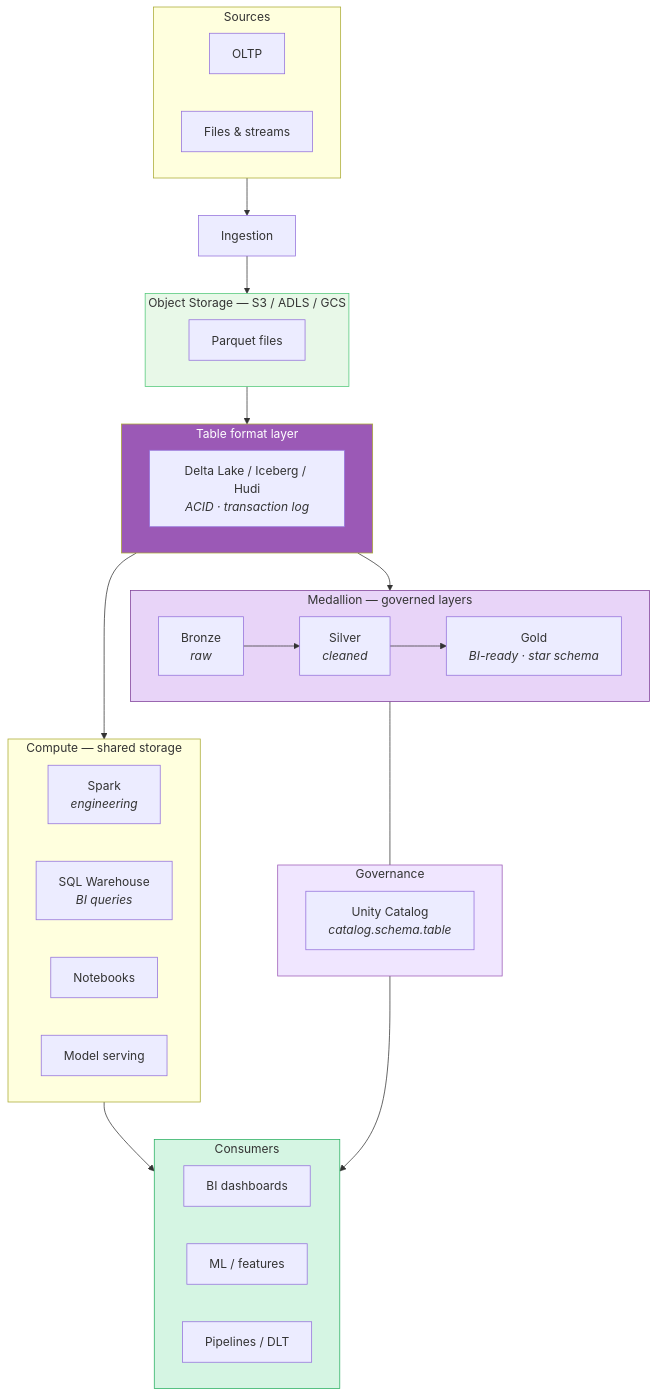
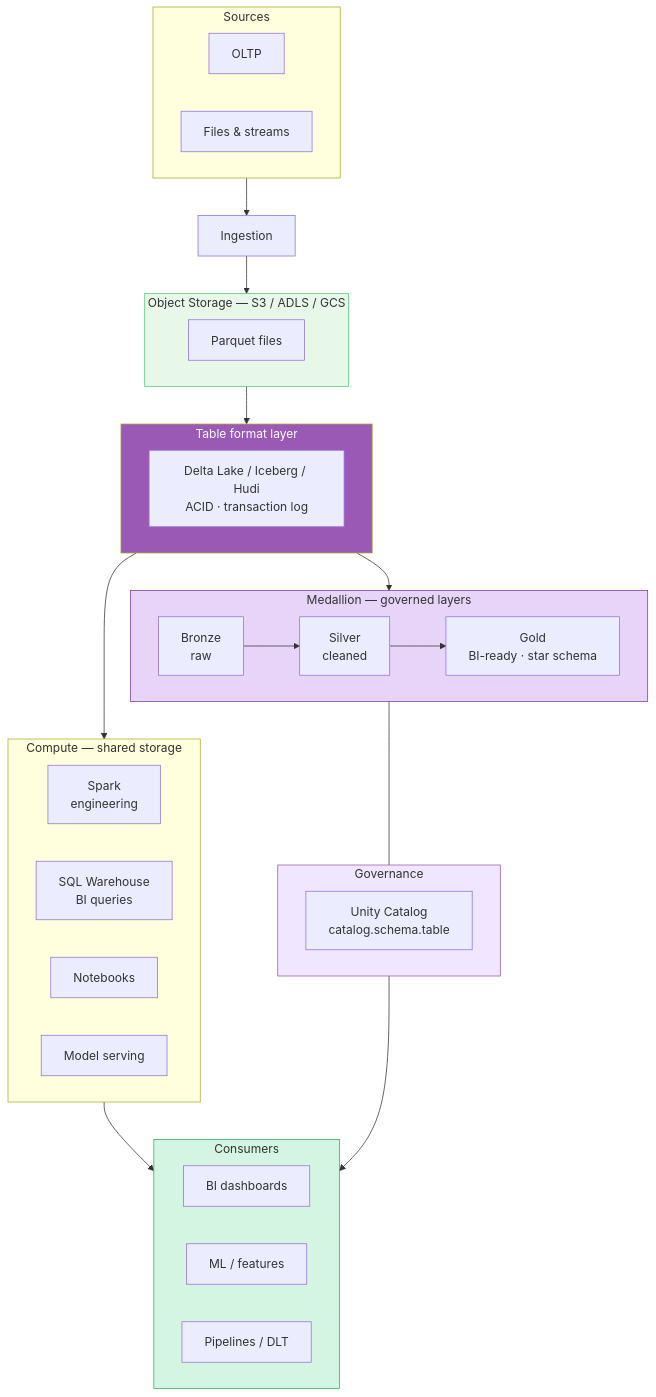
One commit to adnanrahin/adnanrahin.github.io changed the fifth of 7 diagrams in data-architecture/architecture-map.md. Above: the diagram before and after it, drawn with Mermaid. The commit also changed other lines of this file and 3 other files, not shown here.

Commit message:
updated the flowchart

````diff
--- a/data-architecture/architecture-map.md
+++ b/data-architecture/architecture-map.md
@@ -234,55 +234,55 @@
 ```mermaid
 flowchart TB
     subgraph SRC4["Sources"]
         OLTP4["OLTP"]
         FILES4["Files & streams"]
     end
 
     ING4["Ingestion"]
 
     subgraph STORAGE4["Object Storage — S3 / ADLS / GCS"]
         PARQUET["Parquet files"]
     end
 
     subgraph TABLE_FMT["Table format layer"]
-        DELTA["Delta Lake / Iceberg / Hudi<br/><i>ACID · transaction log</i>"]
+        DELTA["Delta Lake / Iceberg / Hudi<br/>ACID · transaction log"]
     end
 
     subgraph MED4["Medallion — governed layers"]
-        B["Bronze<br/><i>raw</i>"]
-        S["Silver<br/><i>cleaned</i>"]
-        G["Gold<br/><i>BI-ready · star schema</i>"]
+        B["Bronze<br/>raw"]
+        S["Silver<br/>cleaned"]
+        G["Gold<br/>BI-ready · star schema"]
         B --> S --> G
     end
 
     subgraph GOV4["Governance"]
-        UC4["Unity Catalog<br/><i>catalog.schema.table</i>"]
+        UC4["Unity Catalog<br/>catalog.schema.table"]
     end
 
     subgraph COMPUTE4["Compute — shared storage"]
         direction LR
-        SPARK4["Spark<br/><i>engineering</i>"]
-        SQLW["SQL Warehouse<br/><i>BI queries</i>"]
+        SPARK4["Spark<br/>engineering"]
+        SQLW["SQL Warehouse<br/>BI queries"]
         NB4["Notebooks"]
         SERVE4["Model serving"]
     end
 
     subgraph USE4["Consumers"]
         direction LR
         BI4["BI dashboards"]
         ML4["ML / features"]
         PIPE4["Pipelines / DLT"]
     end
 
     SRC4 --> ING4 --> STORAGE4 --> TABLE_FMT --> MED4
     MED4 --- GOV4
     TABLE_FMT --> COMPUTE4
     COMPUTE4 --> USE4
     GOV4 --> USE4
 
     style STORAGE4 fill:#E8F8E8,stroke:#50C878
     style TABLE_FMT fill:#9B59B6,color:#fff
     style MED4 fill:#E8D4F8,stroke:#7D3C98
     style GOV4 fill:#F0E6FF,stroke:#9B59B6
     style USE4 fill:#D5F5E3,stroke:#27AE60
 ```
````
